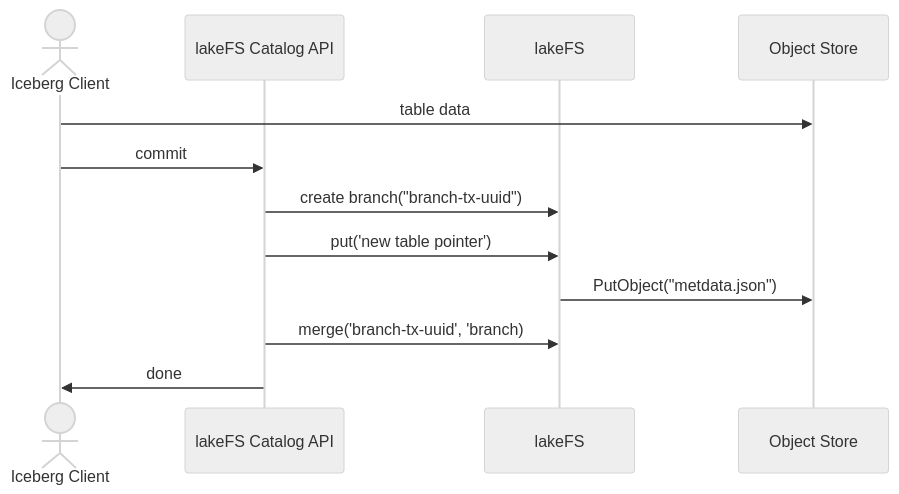
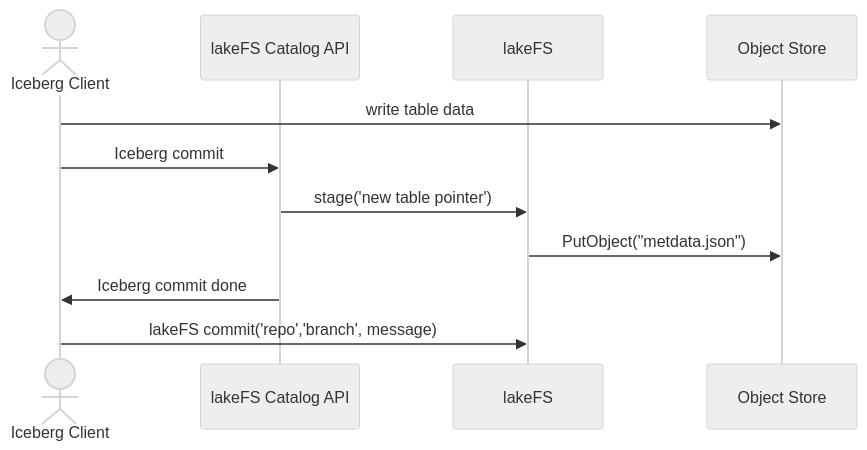
The second of 2 diagrams in docs/src/integrations/iceberg.md (treeverse/lakeFS), drawn with Mermaid (neutral theme) before and after one commit. The commit also changed other lines of this file, not shown here.

Commit message:
Update Iceberg docs to reflect commits model changes (#9621)

````diff
--- a/docs/src/integrations/iceberg.md
+++ b/docs/src/integrations/iceberg.md
@@ -391,14 +394,13 @@
 ```mermaid
 sequenceDiagram
     Actor Iceberg Client
     participant lakeFS Catalog API
     participant lakeFS
     participant Object Store
-    Iceberg Client->>Object Store: table data
-    Iceberg Client->>lakeFS Catalog API: commit
-    lakeFS Catalog API->>lakeFS: create branch("branch-tx-uuid")
-    lakeFS Catalog API->>lakeFS: put('new table pointer')
+    Iceberg Client->>Object Store: write table data
+    Iceberg Client->>lakeFS Catalog API: Iceberg commit
+    lakeFS Catalog API->>lakeFS: stage('new table pointer')
     lakeFS->>Object Store: PutObject("metdata.json")
-    lakeFS Catalog API->>lakeFS: merge('branch-tx-uuid', 'branch)
-    lakeFS Catalog API->>Iceberg Client: done
+    lakeFS Catalog API->>Iceberg Client: Iceberg commit done
+    Iceberg Client->>lakeFS: lakeFS commit('repo','branch', message)
 ```
````
